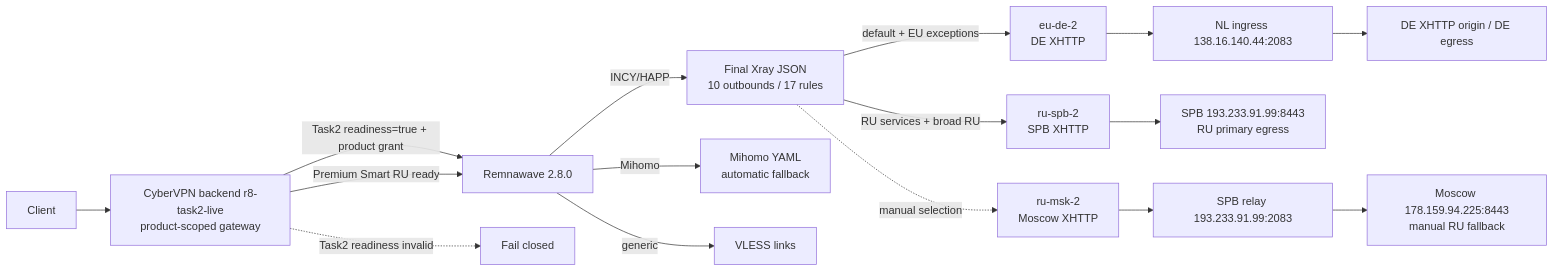
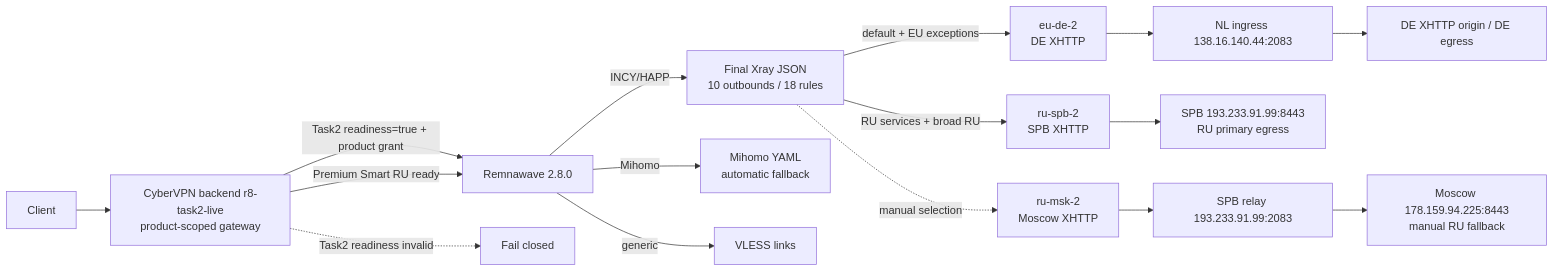
Before and after one commit to Beep206/CyberVPN: the first of 4 diagrams in docs/architecture/CYBERVPN_PREMIUM_SMART_RU_CURRENT_PRODUCTION_ARCHITECTURE.md, drawn with Mermaid. The commit also changed other lines of this file and 17 other files, not shown here.

````diff
--- a/docs/architecture/CYBERVPN_PREMIUM_SMART_RU_CURRENT_PRODUCTION_ARCHITECTURE.md
+++ b/docs/architecture/CYBERVPN_PREMIUM_SMART_RU_CURRENT_PRODUCTION_ARCHITECTURE.md
@@ -118,20 +118,20 @@
 ```mermaid
 flowchart LR
     C["Client"] --> G["CyberVPN backend r8-task2-live\nproduct-scoped gateway"]
     G -->|"Task2 readiness=true + product grant"| R
     G -. "Task2 readiness invalid" .-> FC["Fail closed"]
     G -->|"Premium Smart RU ready"| R["Remnawave 2.8.0"]
-    R -->|"INCY/HAPP"| X["Final Xray JSON\n10 outbounds / 17 rules"]
+    R -->|"INCY/HAPP"| X["Final Xray JSON\n10 outbounds / 18 rules"]
     R -->|"Mihomo"| M["Mihomo YAML\nautomatic fallback"]
     R -->|"generic"| B["VLESS links"]
 
     X -->|"default + EU exceptions"| DEX["eu-de-2\nDE XHTTP"]
     X -->|"RU services + broad RU"| SPBX["ru-spb-2\nSPB XHTTP"]
     X -. "manual selection" .-> MSKX["ru-msk-2\nMoscow XHTTP"]
 
     DEX --> NLR["NL ingress 138.16.140.44:2083"]
     NLR --> DE["DE XHTTP origin / DE egress"]
     SPBX --> SPB["SPB 193.233.91.99:8443\nRU primary egress"]
     MSKX --> SPBR["SPB relay 193.233.91.99:2083"]
     SPBR --> MSK["Moscow 178.159.94.225:8443\nmanual RU fallback"]
 ```
````
